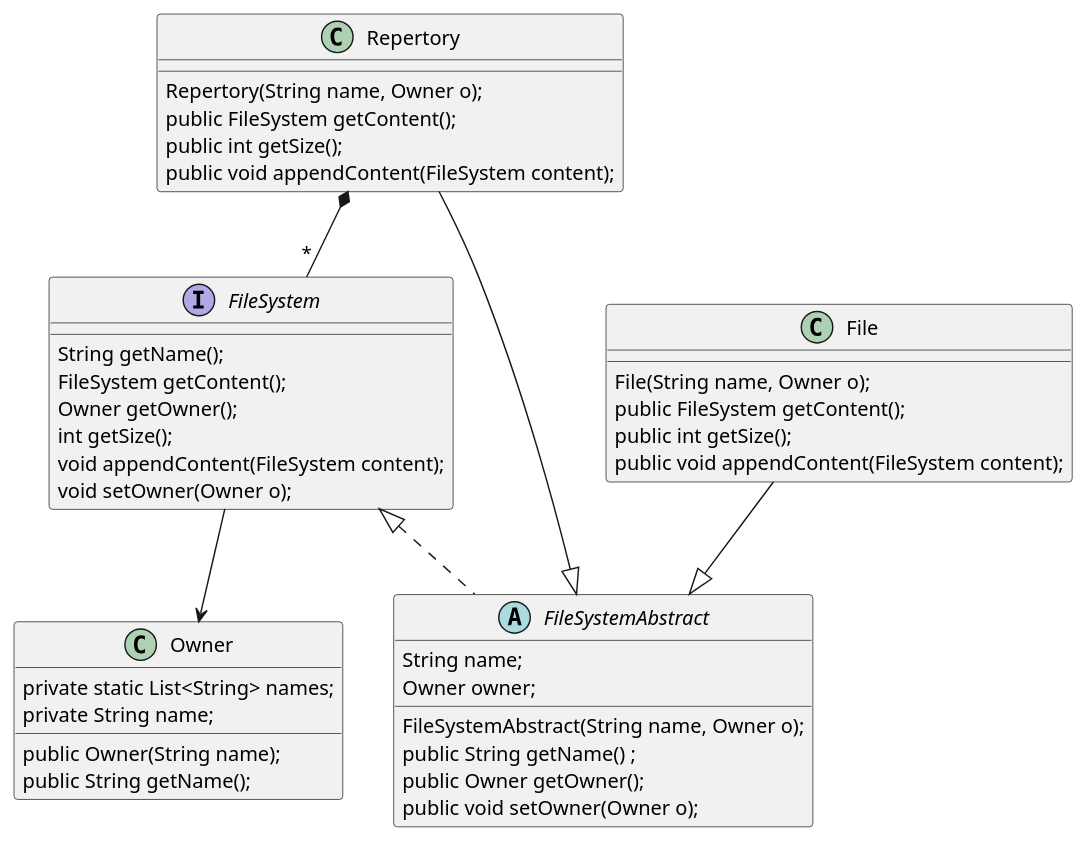
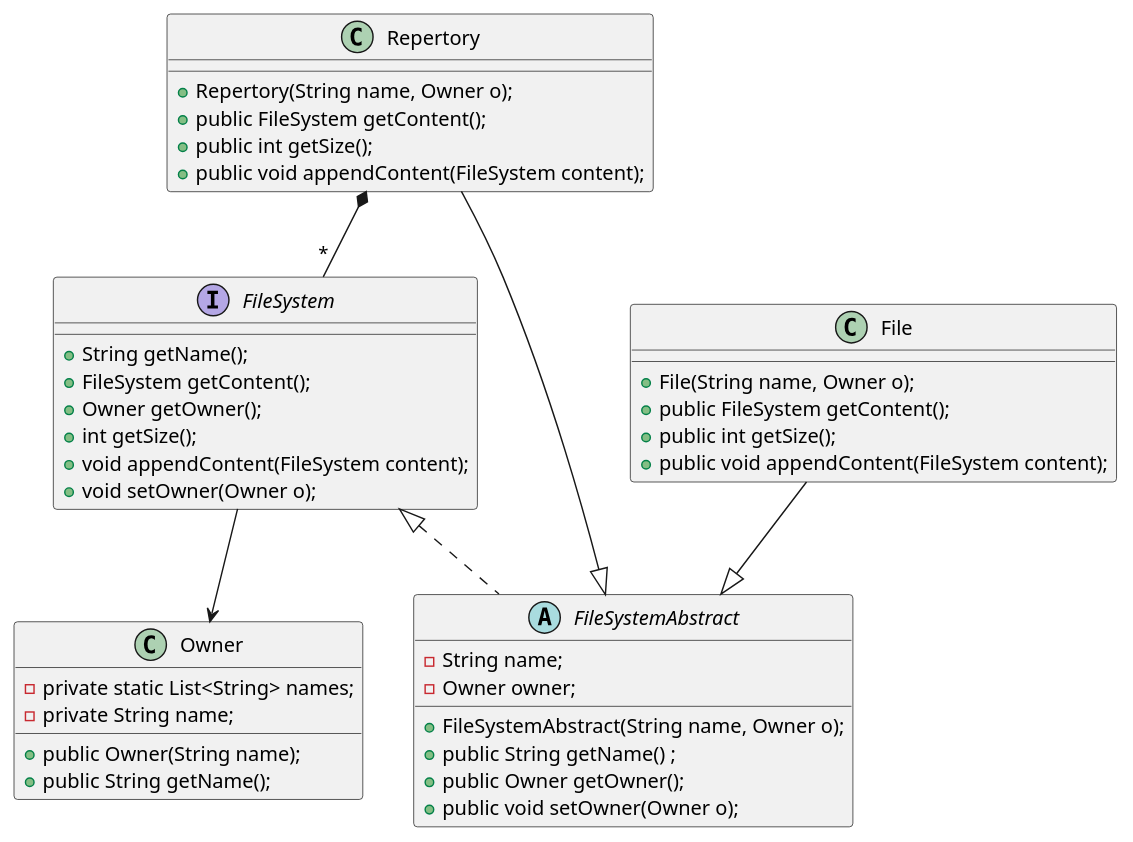
One commit to jaysonmourier/MIAGE changed the diagram in MAPC/TD2/class.puml. Above: the diagram before and after it, drawn with PlantUML. The commit also changed 1 other file, not shown here.

```diff
--- a/MAPC/TD2/class.puml
+++ b/MAPC/TD2/class.puml
@@ -1,47 +1,47 @@
 @startuml TD2
 'https://plantuml.com/class-diagram
 
 class Owner {
-private static List<String> names;
-    private String name;
-    public Owner(String name);
-    public String getName();
+    -private static List<String> names;
+    -private String name;
+    +public Owner(String name);
+    +public String getName();
 }
 
 interface FileSystem
 {
-    String getName();
-    FileSystem getContent();
-    Owner getOwner();
-    int getSize();
-    void appendContent(FileSystem content);
-    void setOwner(Owner o);
+    +String getName();
+    +FileSystem getContent();
+    +Owner getOwner();
+    +int getSize();
+    +void appendContent(FileSystem content);
+    +void setOwner(Owner o);
 }
 
 abstract class FileSystemAbstract {
-String name;
-    Owner owner;
-    FileSystemAbstract(String name, Owner o);
-    public String getName() ;
-    public Owner getOwner();
-    public void setOwner(Owner o);
+    -String name;
+    -Owner owner;
+    +FileSystemAbstract(String name, Owner o);
+    +public String getName() ;
+    +public Owner getOwner();
+    +public void setOwner(Owner o);
 }
 class Repertory {
-    Repertory(String name, Owner o);
-    public FileSystem getContent();
-    public int getSize();
-    public void appendContent(FileSystem content);
+    +Repertory(String name, Owner o);
+    +public FileSystem getContent();
+    +public int getSize();
+    +public void appendContent(FileSystem content);
 }
 class File {
-    File(String name, Owner o);
-    public FileSystem getContent();
-    public int getSize();
-    public void appendContent(FileSystem content);
+    +File(String name, Owner o);
+    +public FileSystem getContent();
+    +public int getSize();
+    +public void appendContent(FileSystem content);
 }
 
 FileSystem <|.. FileSystemAbstract
 File --|> FileSystemAbstract
 Repertory --|> FileSystemAbstract
 Repertory *-- "*" FileSystem
 FileSystem --> Owner
 @enduml
```
